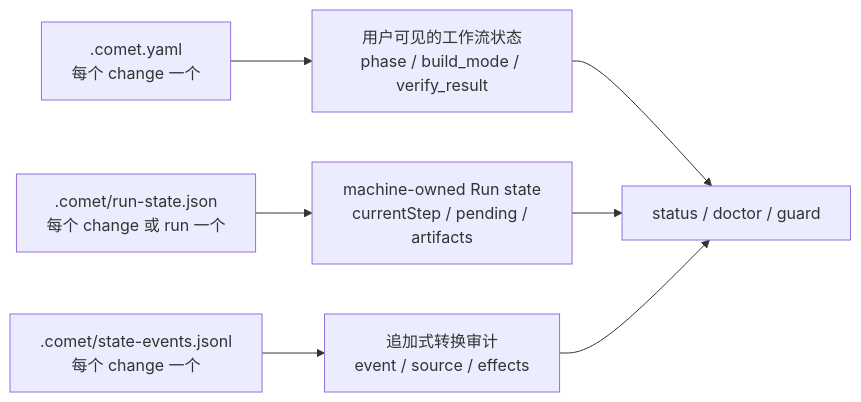
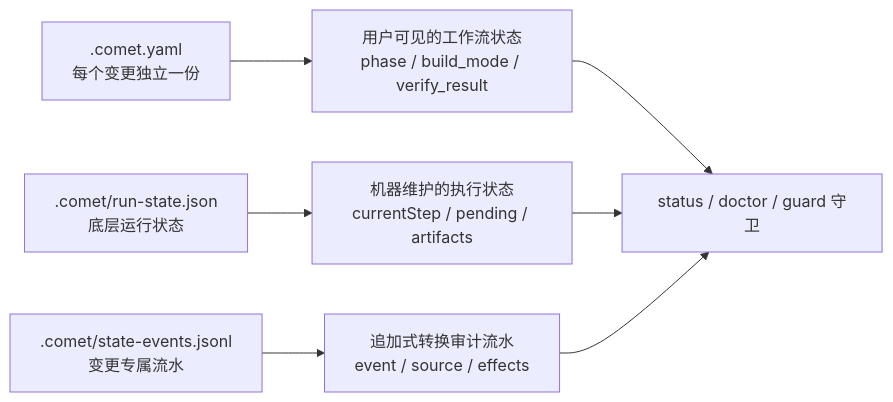
Before and after one commit to rpamis/comet-website-docs: the diagram in zh/concepts/state-management.mdx, drawn with Mermaid. The commit also changed other lines of this file and 76 other files, not shown here.

````diff
--- a/zh/concepts/state-management.mdx
+++ b/zh/concepts/state-management.mdx
@@ -54,9 +47,9 @@
 ```mermaid
 flowchart LR
-  A[".comet.yaml<br/>每个 change 一个"] --> B["用户可见的工作流状态<br/>phase / build_mode / verify_result"]
-  C[".comet/run-state.json<br/>每个 change 或 run 一个"] --> D["machine-owned Run state<br/>currentStep / pending / artifacts"]
-  E[".comet/state-events.jsonl<br/>每个 change 一个"] --> F["追加式转换审计<br/>event / source / effects"]
-  B --> G["status / doctor / guard"]
+  A[".comet.yaml<br/>每个变更独立一份"] --> B["用户可见的工作流状态<br/>phase / build_mode / verify_result"]
+  C[".comet/run-state.json<br/>底层运行状态"] --> D["机器维护的执行状态<br/>currentStep / pending / artifacts"]
+  E[".comet/state-events.jsonl<br/>变更专属流水"] --> F["追加式转换审计流水<br/>event / source / effects"]
+  B --> G["status / doctor / guard 守卫"]
   D --> G
   F --> G
 ```
````
